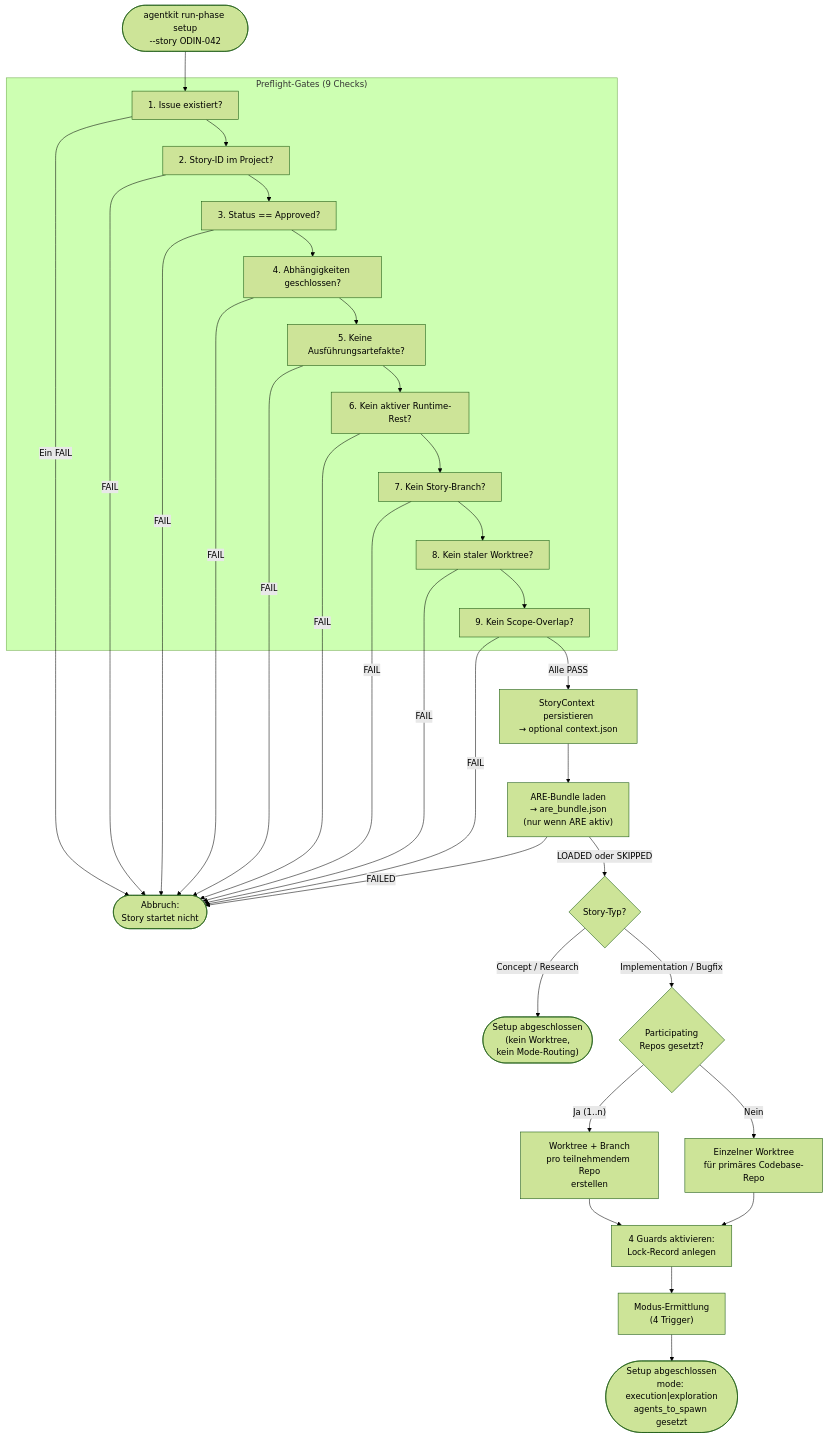
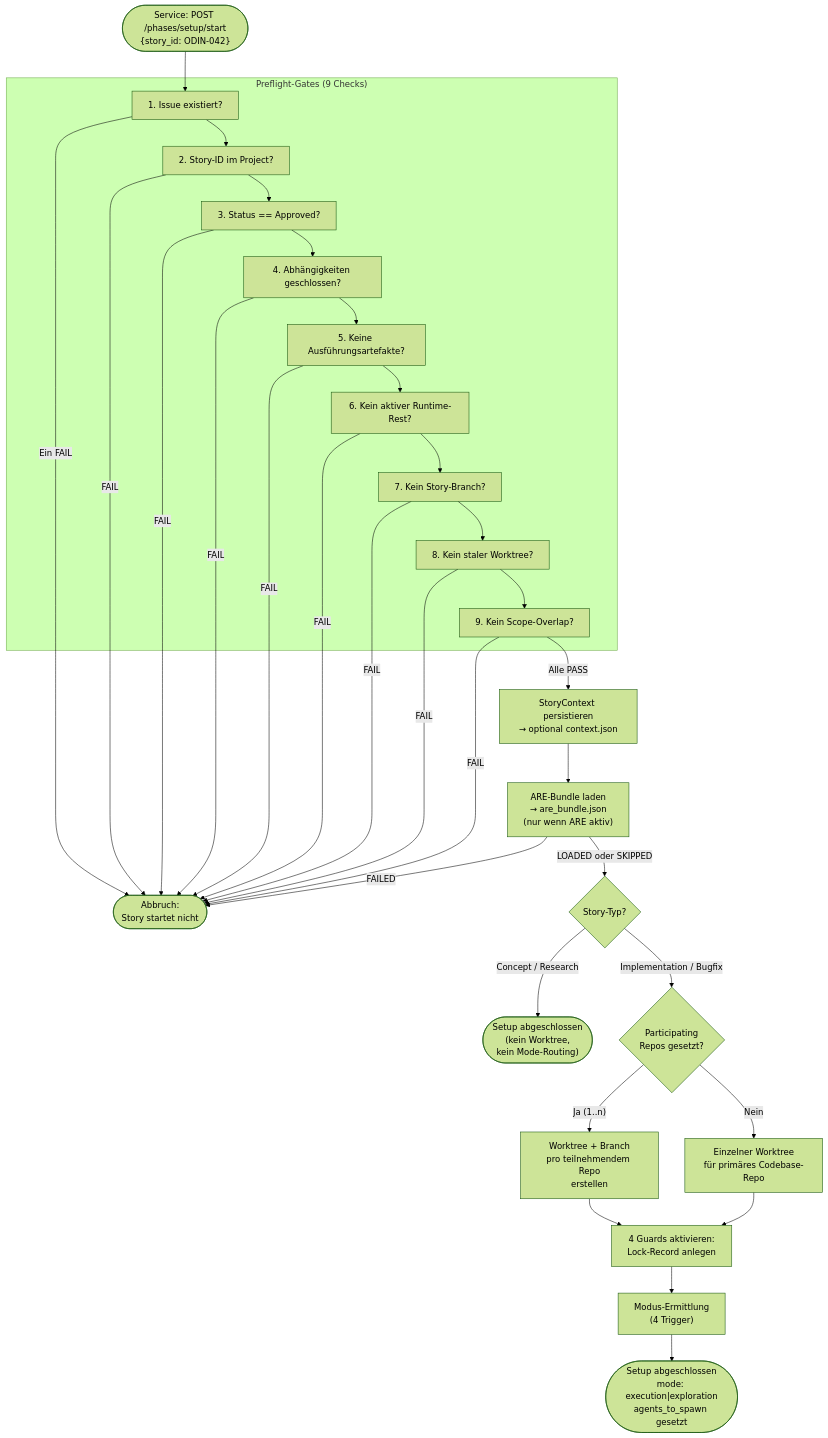
Before and after one commit to saltenhof/claude-agentkit3: the diagram in concept/technical-design/22_setup_preflight_worktree_guard_activation.md, drawn with Mermaid (forest theme). The commit also changed 20 other files, not shown here.

````diff
--- a/concept/technical-design/22_setup_preflight_worktree_guard_activation.md
+++ b/concept/technical-design/22_setup_preflight_worktree_guard_activation.md
@@ -112,44 +112,44 @@
 ```mermaid
 flowchart TD
-    START(["agentkit run-phase setup<br/>--story ODIN-042"]) --> PREFLIGHT
+    START(["Service: POST /phases/setup/start<br/>{story_id: ODIN-042}"]) --> PREFLIGHT
 
     subgraph PREFLIGHT_PHASE ["Preflight-Gates (9 Checks)"]
         PREFLIGHT["1. Issue existiert?"]
         PREFLIGHT --> P2["2. Story-ID im Project?"]
         P2 --> P3["3. Status == Approved?"]
         P3 --> P4["4. Abhängigkeiten geschlossen?"]
         P4 --> P5["5. Keine Ausführungsartefakte?"]
         P5 --> P6["6. Kein aktiver Runtime-Rest?"]
         P6 --> P7["7. Kein Story-Branch?"]
         P7 --> P8["8. Kein staler Worktree?"]
         P8 --> P9["9. Kein Scope-Overlap?"]
     end
 
     P9 -->|"Alle PASS"| CONTEXT
     PREFLIGHT -->|"Ein FAIL"| ABORT(["Abbruch:<br/>Story startet nicht"])
     P2 -->|"FAIL"| ABORT
     P3 -->|"FAIL"| ABORT
     P4 -->|"FAIL"| ABORT
     P5 -->|"FAIL"| ABORT
     P6 -->|"FAIL"| ABORT
     P7 -->|"FAIL"| ABORT
     P8 -->|"FAIL"| ABORT
     P9 -->|"FAIL"| ABORT
 
     CONTEXT["StoryContext persistieren<br/>→ optional context.json"] --> ARE_BUNDLE["ARE-Bundle laden<br/>→ are_bundle.json<br/>(nur wenn ARE aktiv)"]
     ARE_BUNDLE -->|"LOADED oder SKIPPED"| TYPCHECK{"Story-Typ?"}
     ARE_BUNDLE -->|"FAILED"| ABORT
 
     TYPCHECK -->|"Concept / Research"| DONE_LIGHT(["Setup abgeschlossen<br/>(kein Worktree,<br/>kein Mode-Routing)"])
 
     TYPCHECK -->|"Implementation / Bugfix"| REPOS
 
     REPOS{"Participating<br/>Repos gesetzt?"}
     REPOS -->|"Ja (1..n)"| MULTI_WT["Worktree + Branch<br/>pro teilnehmendem Repo<br/>erstellen"]
     REPOS -->|"Nein"| SINGLE_WT["Einzelner Worktree<br/>für primäres Codebase-Repo"]
 
     MULTI_WT --> GUARDS["4 Guards aktivieren:<br/>Lock-Record anlegen"]
     SINGLE_WT --> GUARDS
     GUARDS --> MODE["Modus-Ermittlung<br/>(4 Trigger)"]
     MODE --> DONE_FULL(["Setup abgeschlossen<br/>mode: execution|exploration<br/>agents_to_spawn gesetzt"])
 ```
````
